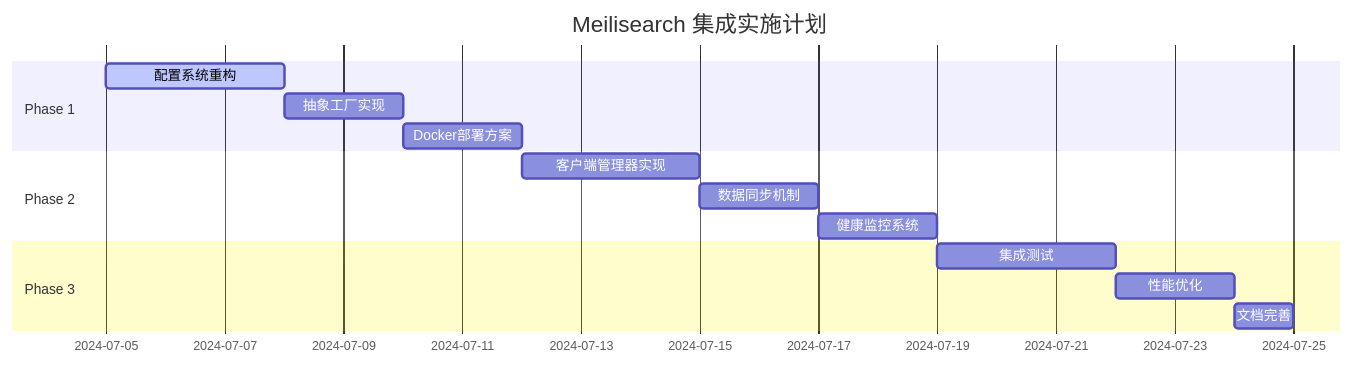
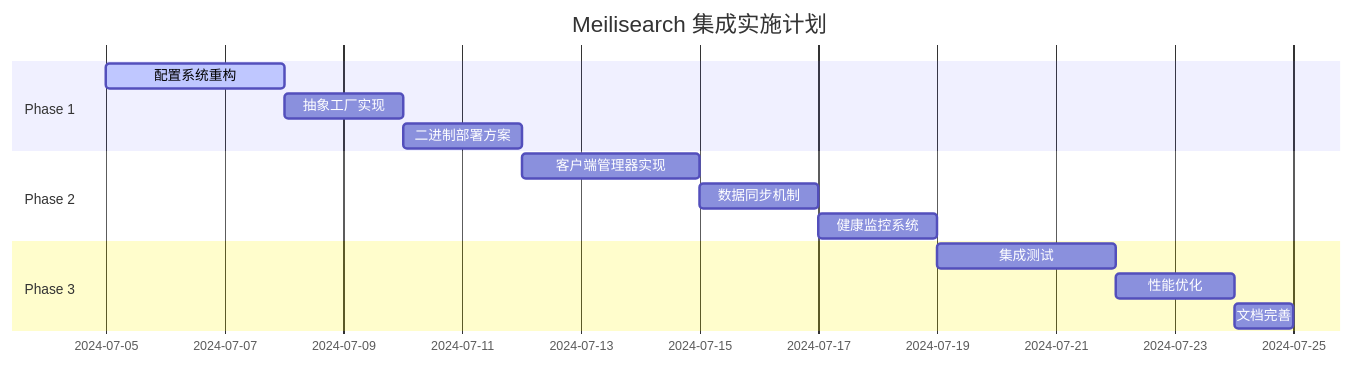
The third of 3 diagrams in docs/tech/202507/meilisearch-self-hosted-integration.md (OI-OS/OI-mcpadvisor), drawn with Mermaid before and after one commit. The commit also changed other lines of this file and 11 other files, not shown here.

````diff
--- a/docs/tech/202507/meilisearch-self-hosted-integration.md
+++ b/docs/tech/202507/meilisearch-self-hosted-integration.md
@@ -283,19 +283,19 @@
 ```mermaid
 gantt
     title Meilisearch 集成实施计划
     dateFormat  YYYY-MM-DD
     section Phase 1
     配置系统重构          :active, p1-1, 2024-07-05, 3d
     抽象工厂实现          :p1-2, after p1-1, 2d
-    Docker部署方案        :p1-3, after p1-2, 2d
+    二进制部署方案        :p1-3, after p1-2, 2d
     
     section Phase 2
     客户端管理器实现      :p2-1, after p1-3, 3d
     数据同步机制          :p2-2, after p2-1, 2d
     健康监控系统          :p2-3, after p2-2, 2d
     
     section Phase 3
     集成测试              :p3-1, after p2-3, 3d
     性能优化              :p3-2, after p3-1, 2d
     文档完善              :p3-3, after p3-2, 1d
 ```
````
